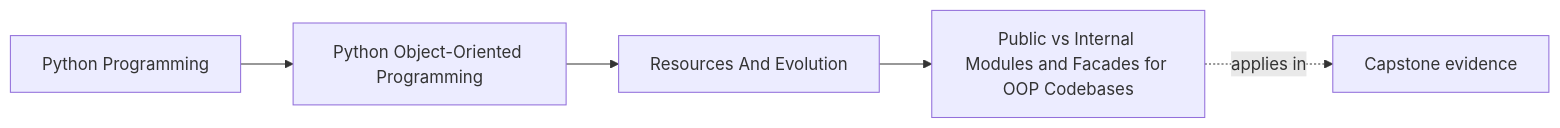
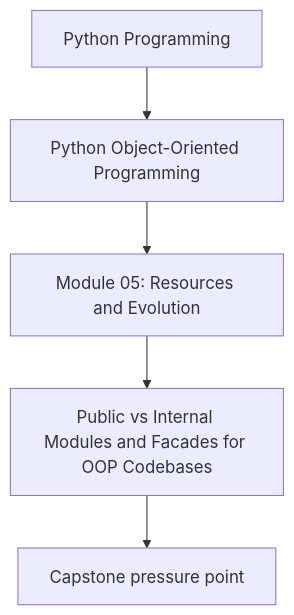
The first of 2 diagrams in programs/python-programming/python-object-oriented-programming/course-book/module-05-resources-and-evolution/public-versus-internal-modules.md (bijux/bijux-masterclass), drawn with Mermaid before and after one commit. The commit also changed other lines of this file and 107 other files, not shown here.

Commit message:
docs(python-object-oriented-programming): align concept page diagrams

````diff
--- a/programs/python-programming/python-object-oriented-programming/course-book/module-05-resources-and-evolution/public-versus-internal-modules.md
+++ b/programs/python-programming/python-object-oriented-programming/course-book/module-05-resources-and-evolution/public-versus-internal-modules.md
@@ -7,11 +7,7 @@
 ```mermaid
-graph LR
-  family["Python Programming"]
-  program["Python Object-Oriented Programming"]
-  section["Resources And Evolution"]
-  page["Public vs Internal Modules and Facades for OOP Codebases"]
-  capstone["Capstone evidence"]
-
-  family --> program --> section --> page
-  page -.applies in.-> capstone
+flowchart TD
+  family["Python Programming"] --> program["Python Object-Oriented Programming"]
+  program --> module["Module 05: Resources and Evolution"]
+  module --> concept["Public vs Internal Modules and Facades for OOP Codebases"]
+  concept --> capstone["Capstone pressure point"]
 ```
````
